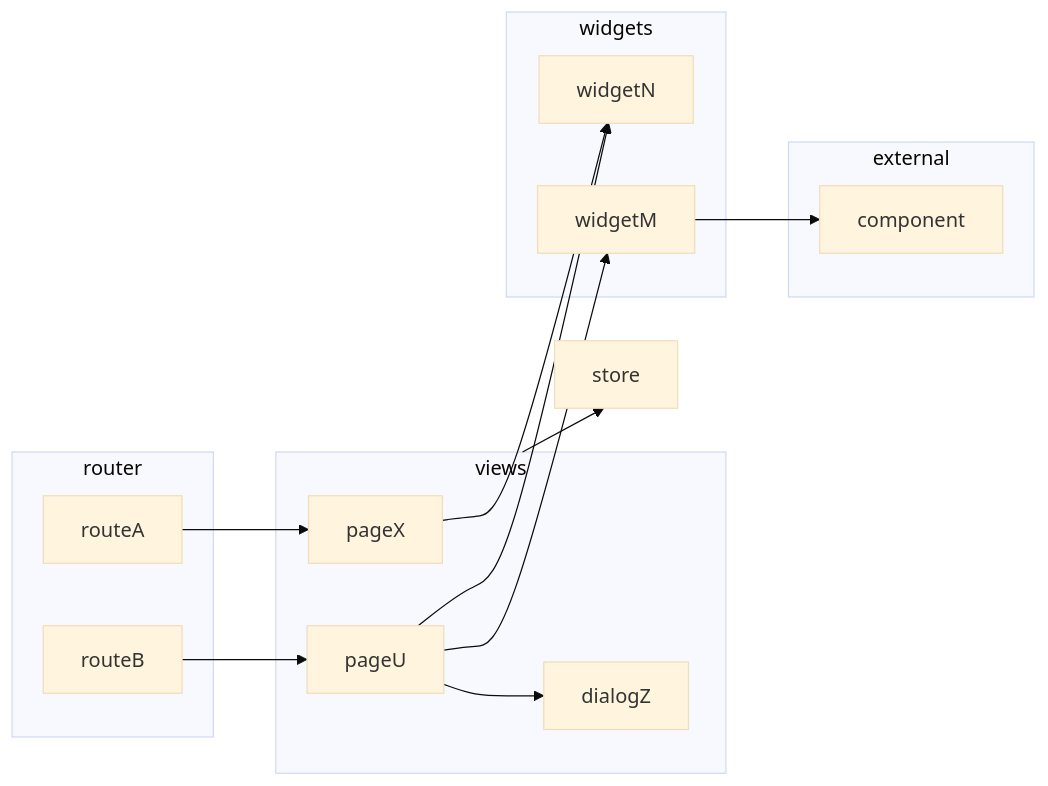
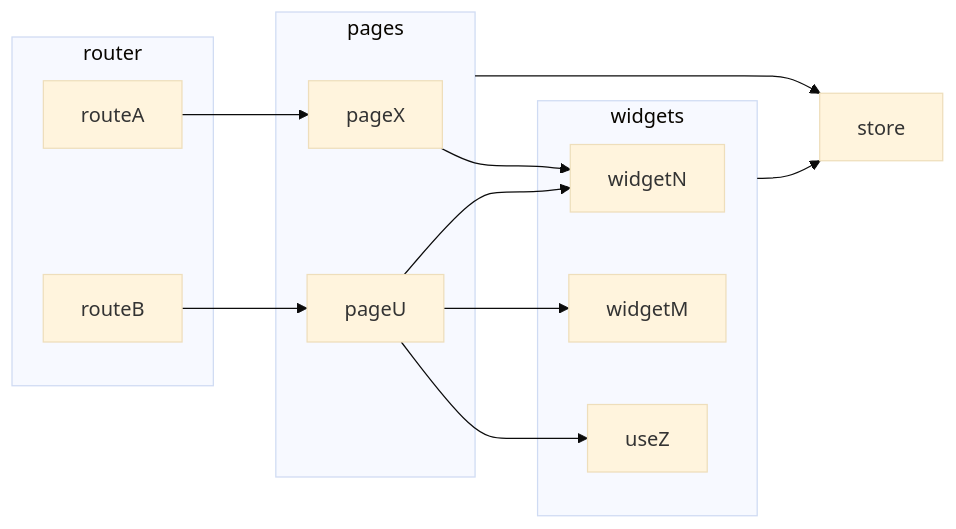
The second of 2 diagrams in DEVELOPMENT.md (joaomelo/calystone), drawn with Mermaid (base theme) before and after one commit. The commit also changed other lines of this file and 58 other files, not shown here.

````diff
--- a/DEVELOPMENT.md
+++ b/DEVELOPMENT.md
@@ -36,29 +36,26 @@
 ```mermaid
 graph LR;
   subgraph router
     routeA;
     routeB
   end
-  subgraph views
+  subgraph pages
     pageX;
     pageU;
-    dialogZ;
   end
   subgraph widgets
     widgetN
     widgetM
+    useZ
   end  
-  subgraph external
-    component
-  end
   store
 
   routeA --> pageX;
   routeB --> pageU
   pageX --> widgetN
   pageU --> widgetM;
   pageU --> widgetN;
-  pageU --> dialogZ;
-  widgetM --> component
-  views --> store;
+  pageU --> useZ;
+  pages --> store;
+  widgets --> store;
 ```
````
